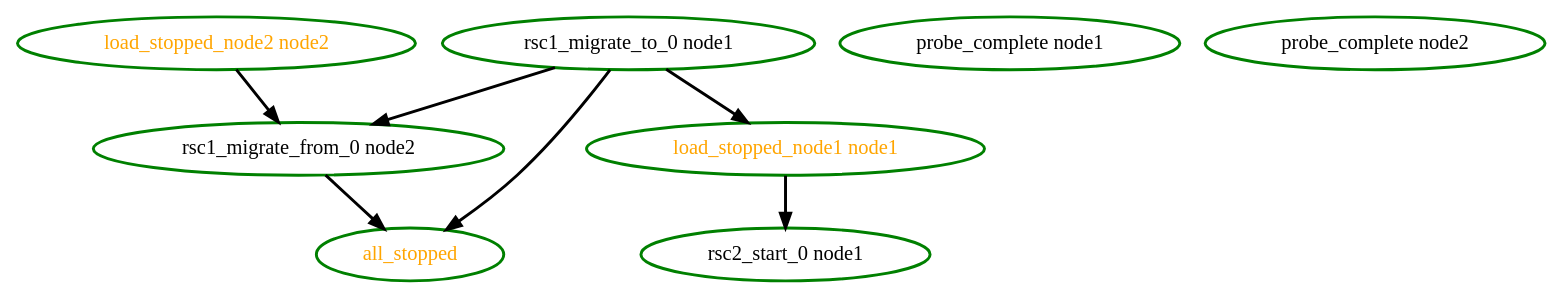
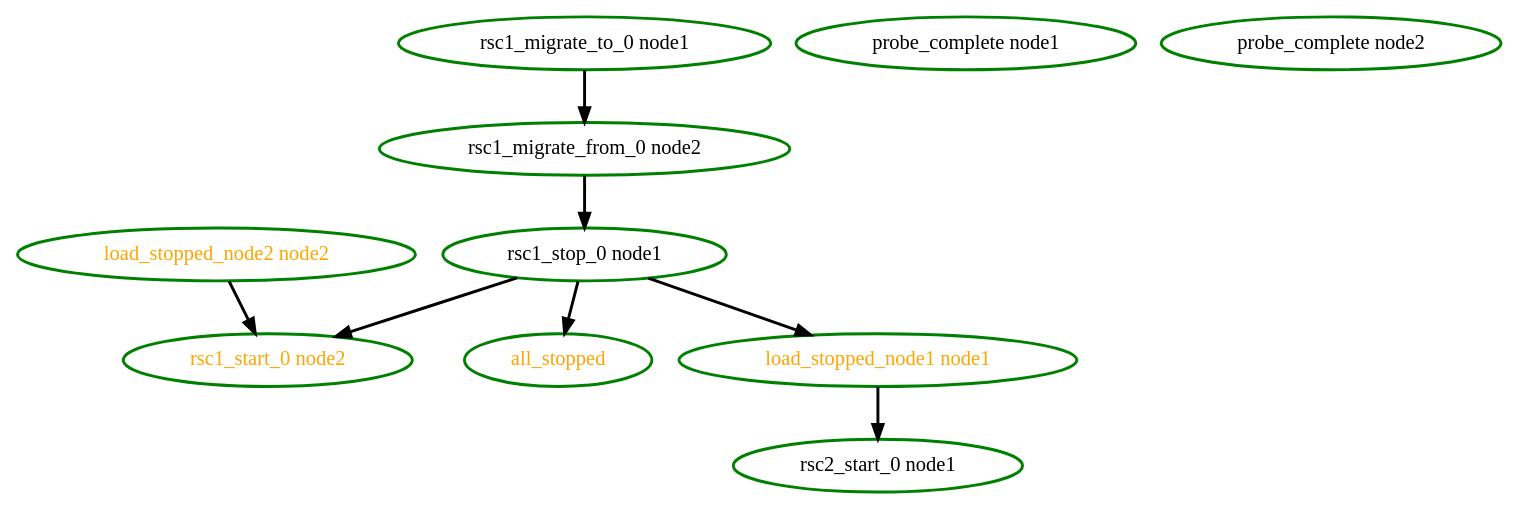
The diagram in pengine/test10/utilization-order3.dot (ClusterLabs/pacemaker), drawn with Graphviz before and after one commit. The commit also changed 353 other files, not shown here.

```diff
--- a/pengine/test10/utilization-order3.dot
+++ b/pengine/test10/utilization-order3.dot
@@ -1,16 +1,19 @@
 digraph "g" {
 "all_stopped" [ style=bold color="green" fontcolor="orange"  ]
 "load_stopped_node1 node1" -> "rsc2_start_0 node1" [ style = bold]
 "load_stopped_node1 node1" [ style=bold color="green" fontcolor="orange"  ]
-"load_stopped_node2 node2" -> "rsc1_migrate_from_0 node2" [ style = bold]
+"load_stopped_node2 node2" -> "rsc1_start_0 node2" [ style = bold]
 "load_stopped_node2 node2" [ style=bold color="green" fontcolor="orange"  ]
 "probe_complete node1" [ style=bold color="green" fontcolor="black"  ]
 "probe_complete node2" [ style=bold color="green" fontcolor="black"  ]
-"rsc1_migrate_from_0 node2" -> "all_stopped" [ style = bold]
+"rsc1_migrate_from_0 node2" -> "rsc1_stop_0 node1" [ style = bold]
 "rsc1_migrate_from_0 node2" [ style=bold color="green" fontcolor="black"  ]
-"rsc1_migrate_to_0 node1" -> "all_stopped" [ style = bold]
-"rsc1_migrate_to_0 node1" -> "load_stopped_node1 node1" [ style = bold]
 "rsc1_migrate_to_0 node1" -> "rsc1_migrate_from_0 node2" [ style = bold]
 "rsc1_migrate_to_0 node1" [ style=bold color="green" fontcolor="black"  ]
+"rsc1_start_0 node2" [ style=bold color="green" fontcolor="orange"  ]
+"rsc1_stop_0 node1" -> "all_stopped" [ style = bold]
+"rsc1_stop_0 node1" -> "load_stopped_node1 node1" [ style = bold]
+"rsc1_stop_0 node1" -> "rsc1_start_0 node2" [ style = bold]
+"rsc1_stop_0 node1" [ style=bold color="green" fontcolor="black"  ]
 "rsc2_start_0 node1" [ style=bold color="green" fontcolor="black"  ]
 }
```
